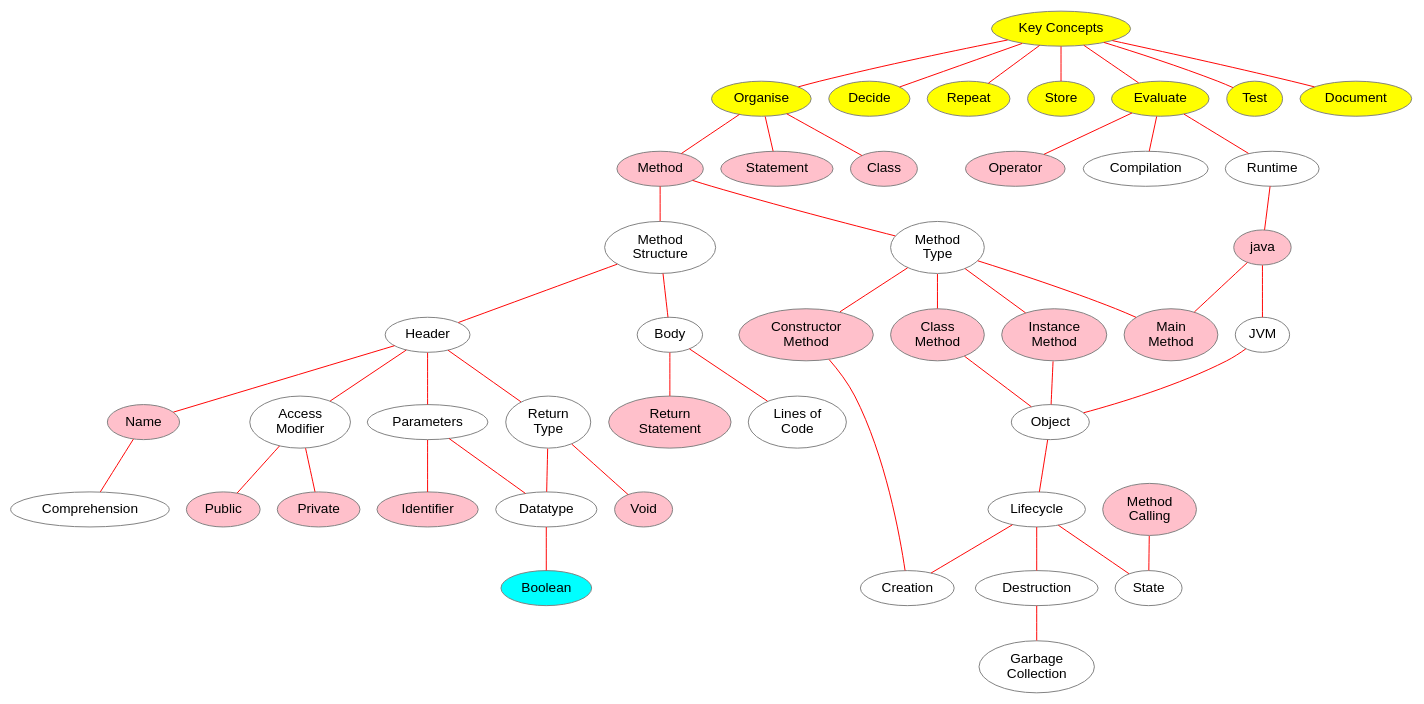
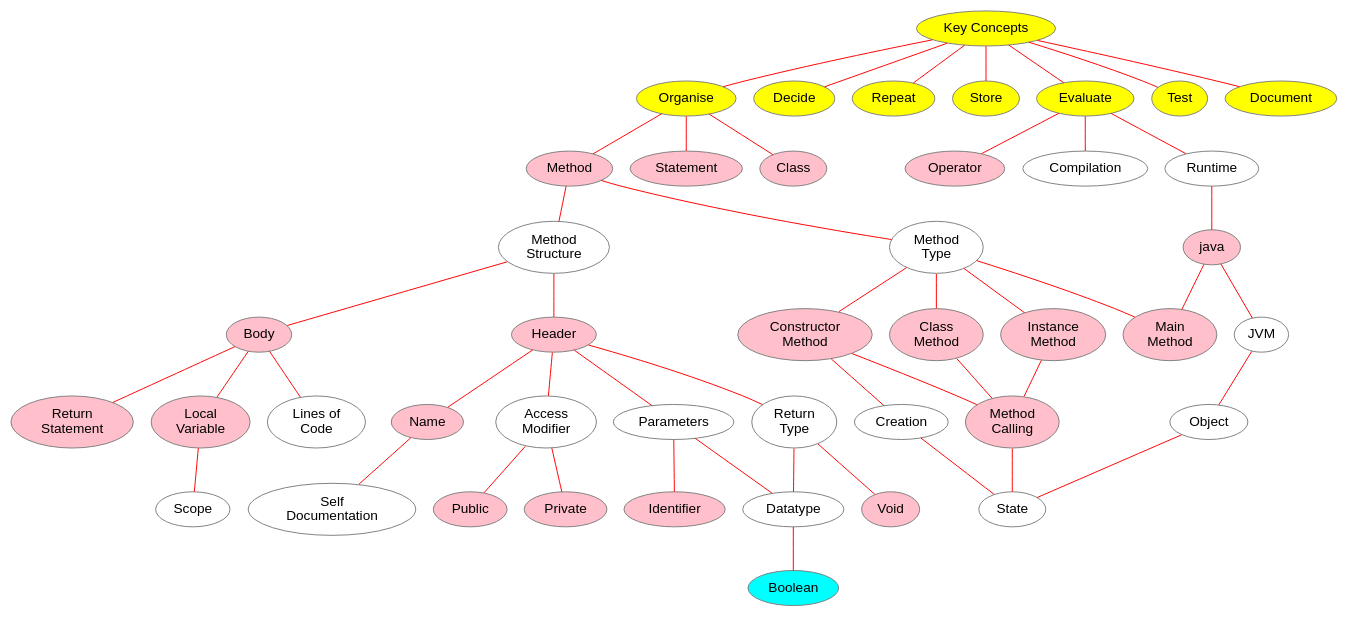
The diagram in kth-dd1337/dd1337-concept-evaluate.dot (rjglasse/learning-maps), drawn with Graphviz before and after one commit.

Commit message:
Add updated map for evaluation

```diff
--- a/kth-dd1337/dd1337-concept-evaluate.dot
+++ b/kth-dd1337/dd1337-concept-evaluate.dot
@@ -1,70 +1,73 @@
 graph G {
 
     bgcolor="white"
     node [color="gray", fontcolor="black", fillcolor="white", style="filled", fontname="Helvetica"]
     edge [color="red"]
 
     // Concepts
     "Key Concepts" [fillcolor="yellow"]
     Organise [fillcolor="yellow"]
     Decide [fillcolor="yellow"]
     Repeat [fillcolor="yellow"]
     Store [fillcolor="yellow"]
     Evaluate [fillcolor="yellow"]
     Test [fillcolor="yellow"]
     Document [fillcolor="yellow"]
 
     // Types
     Boolean [fillcolor="cyan"]
 
     // Concrete
     "Main\nMethod"  [fillcolor="pink"]
     Method [fillcolor="pink"]
     "Constructor\nMethod" [fillcolor="pink"]
     "Class\nMethod" [fillcolor="pink"]
     "Instance\nMethod" [fillcolor="pink"]
     Statement  [fillcolor="pink"]
     Class [fillcolor="pink"]
     Public [fillcolor="pink"]
     Private [fillcolor="pink"]
     java [fillcolor="pink"]
     Name [fillcolor="pink"]
     "Method\nCalling" [fillcolor="pink"]
     Void [fillcolor="pink"]
     Operator [fillcolor="pink"]
     Identifier [fillcolor="pink"]
-    /* Body [fillcolor="pink"] */
-    /* Header [fillcolor="pink"] */
+    Body [fillcolor="pink"]
+    Header [fillcolor="pink"]
     "Return\nStatement" [fillcolor="pink"]
+    "Local\nVariable" [fillcolor="pink"]
 
     "Key Concepts" -- Organise, Decide, Repeat, Store, Evaluate, Test, Document
 
     // Organise
     Organise -- Class, Method, Statement
-    "Instance\nMethod" -- Object
-    "Class\nMethod" -- Object
 
     // Evaluate
     Evaluate -- Compilation, Runtime, Operator
     Runtime -- java
     java -- JVM, "Main\nMethod"
     JVM -- Object
-    Object -- Lifecycle -- Creation, State, Destruction
-    Destruction -- "Garbage\nCollection"
+    Object -- State
 
     Method -- "Method\nStructure", "Method\nType"
     "Method\nStructure" -- Header, Body
     "Method\nType" -- "Constructor\nMethod", "Main\nMethod", "Instance\nMethod", "Class\nMethod"
     Header -- "Access\nModifier", Parameters, "Return\nType", Name
     Parameters -- Identifier, Datatype
     "Return\nType" -- Void, Datatype
     Body -- "Return\nStatement", "Lines of\nCode"
     "Access\nModifier" -- Public, Private
-    "Constructor\nMethod" -- Creation
+    /* "Constructor\nMethod" -- Creation */
     "Method\nCalling" -- State
-    Name -- Comprehension
+    Name -- "Self\nDocumentation"
     Datatype -- Boolean
+    "Class\nMethod" -- "Method\nCalling"
+    "Instance\nMethod" -- "Method\nCalling"
+    "Constructor\nMethod" -- "Method\nCalling"
+    "Constructor\nMethod" -- Creation -- State
+    Body -- "Local\nVariable" -- Scope
 
 
 
 }
```
